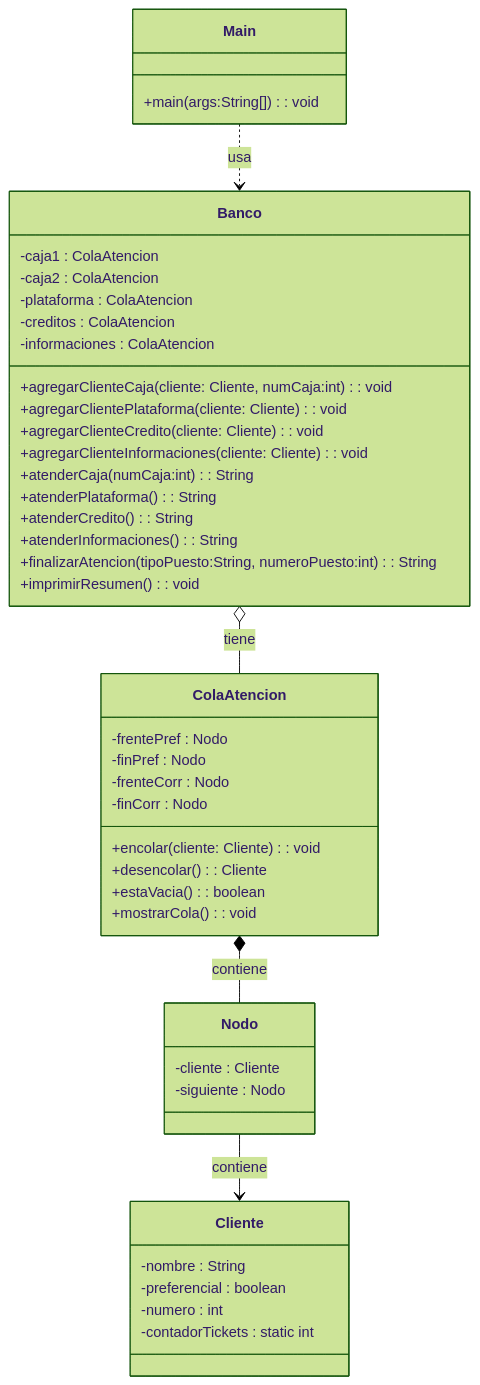
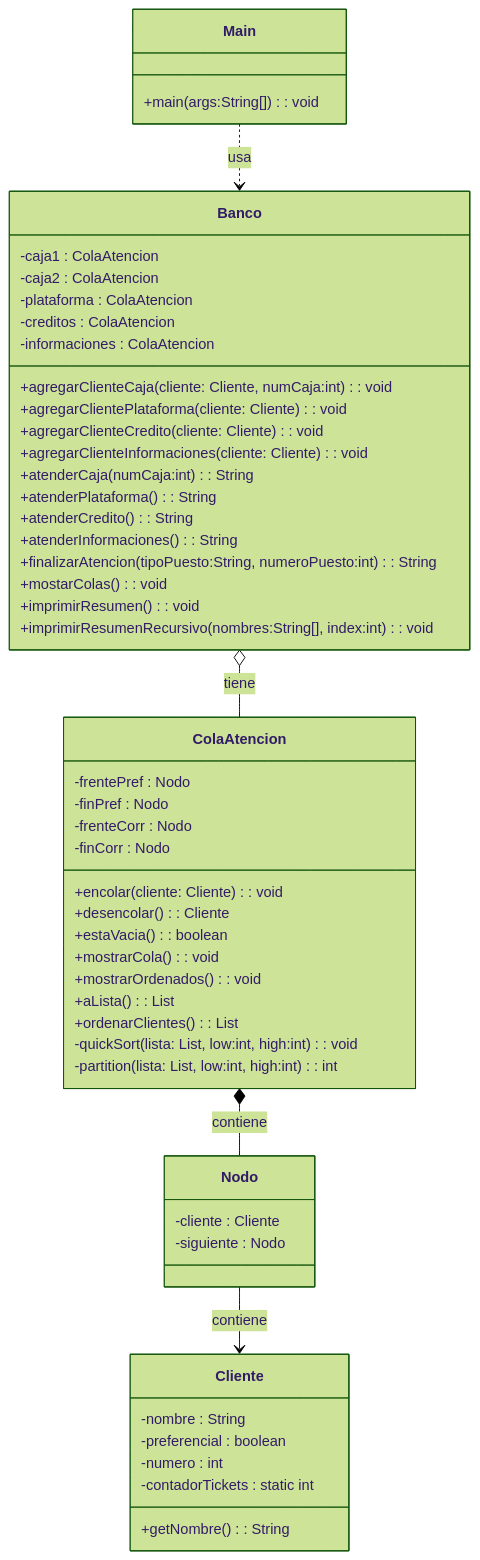
Before and after one commit to JuanCandia2003/Trabajo_Competencias: the diagram in README.md, drawn with Mermaid (forest theme).

Commit message:
Añadiendo al README

````diff
--- a/README.md
+++ b/README.md
@@ -249,53 +249,63 @@
 ```mermaid
 classDiagram
 direction TB
-    class Banco {
-	    -caja1 : ColaAtencion
-	    -caja2 : ColaAtencion
-	    -plataforma : ColaAtencion
-	    -creditos : ColaAtencion
-	    -informaciones : ColaAtencion
-	    +agregarClienteCaja(cliente: Cliente, numCaja:int) : void
-	    +agregarClientePlataforma(cliente: Cliente) : void
-	    +agregarClienteCredito(cliente: Cliente) : void
-	    +agregarClienteInformaciones(cliente: Cliente) : void
-	    +atenderCaja(numCaja:int) : String
-	    +atenderPlataforma() : String
-	    +atenderCredito() : String
-	    +atenderInformaciones() : String
-	    +finalizarAtencion(tipoPuesto:String, numeroPuesto:int) : String
-	    +imprimirResumen() : void
-    }
 
     class ColaAtencion {
-	    -frentePref : Nodo
-	    -finPref : Nodo
-	    -frenteCorr : Nodo
-	    -finCorr : Nodo
-	    +encolar(cliente: Cliente) : void
-	    +desencolar() : Cliente
-	    +estaVacia() : boolean
-	    +mostrarCola() : void
+        -frentePref : Nodo
+        -finPref : Nodo
+        -frenteCorr : Nodo
+        -finCorr : Nodo
+        +encolar(cliente: Cliente) : void
+        +desencolar() : Cliente
+        +estaVacia() : boolean
+        +mostrarCola() : void
+        +mostrarOrdenados() : void
+        +aLista() : List<Cliente>
+        +ordenarClientes() : List<Cliente>
+        -quickSort(lista: List<Cliente>, low:int, high:int) : void
+        -partition(lista: List<Cliente>, low:int, high:int) : int
     }
 
     class Nodo {
-	    -cliente : Cliente
-	    -siguiente : Nodo
+        -cliente : Cliente
+        -siguiente : Nodo
     }
 
     class Cliente {
-	    -nombre : String
-	    -preferencial : boolean
-	    -numero : int
-	    -contadorTickets : static int
+        -nombre : String
+        -preferencial : boolean
+        -numero : int
+        -contadorTickets : static int
+        +getNombre() : String
+    }
+
+    class Banco {
+        -caja1 : ColaAtencion
+        -caja2 : ColaAtencion
+        -plataforma : ColaAtencion
+        -creditos : ColaAtencion
+        -informaciones : ColaAtencion
+        +agregarClienteCaja(cliente: Cliente, numCaja:int) : void
+        +agregarClientePlataforma(cliente: Cliente) : void
+        +agregarClienteCredito(cliente: Cliente) : void
+        +agregarClienteInformaciones(cliente: Cliente) : void
+        +atenderCaja(numCaja:int) : String
+        +atenderPlataforma() : String
+        +atenderCredito() : String
+        +atenderInformaciones() : String
+        +finalizarAtencion(tipoPuesto:String, numeroPuesto:int) : String
+        +mostarColas() : void
+        +imprimirResumen() : void
+        +imprimirResumenRecursivo(nombres:String[], index:int) : void
     }
 
     class Main {
-	    +main(args:String[]) : void
+        +main(args:String[]) : void
     }
 
     Banco o-- ColaAtencion : tiene
     ColaAtencion *-- Nodo : contiene
     Nodo --> Cliente : contiene
     Main ..> Banco : usa
+
 ```
````
